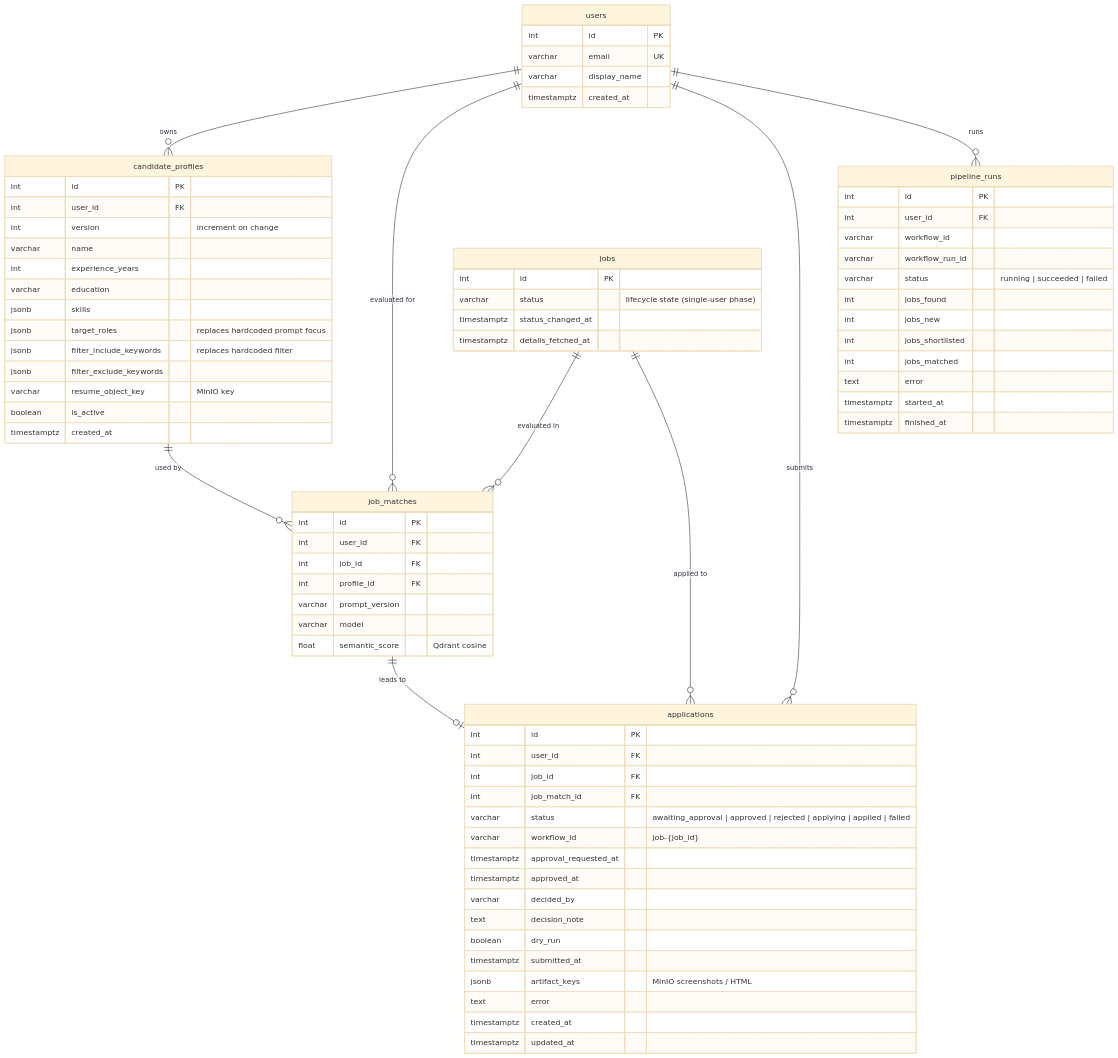
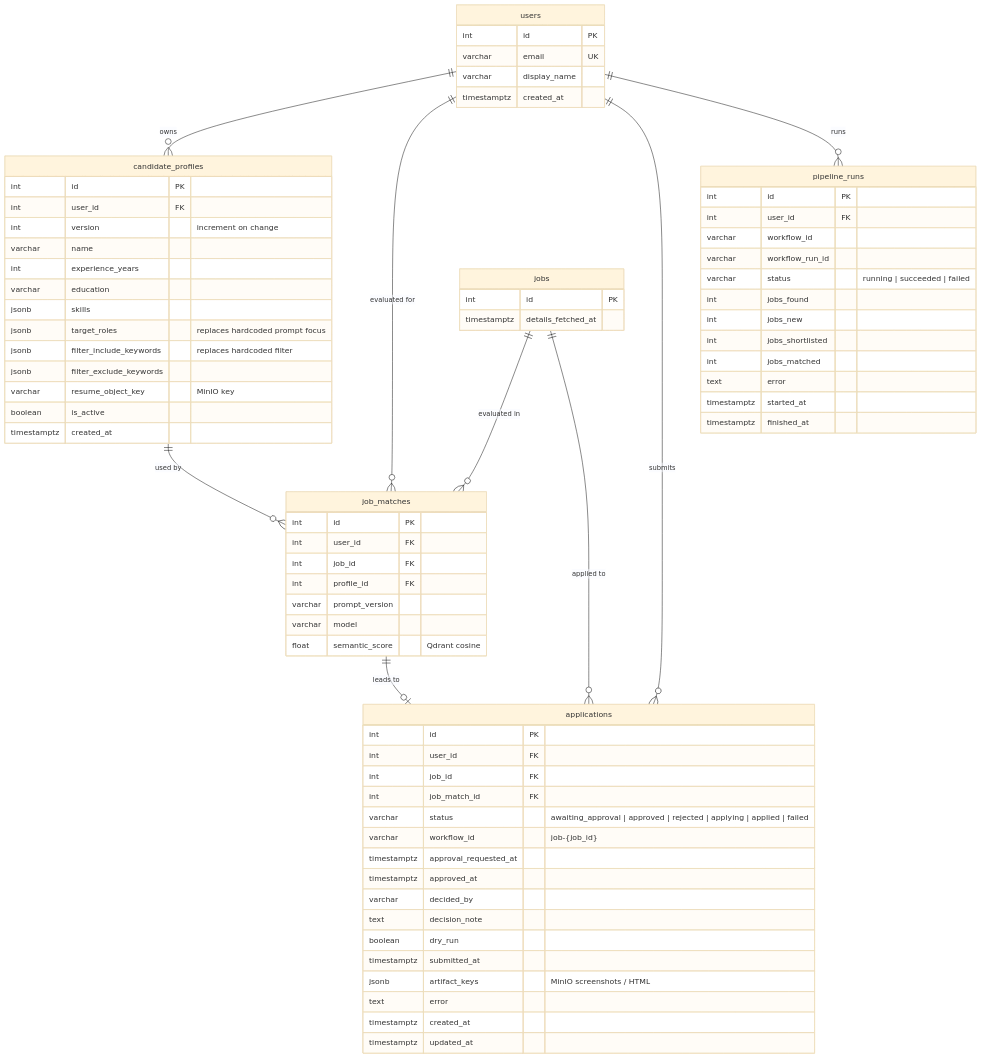
The second of 2 diagrams in docs/04-data-model.md (dhiraj849/Job_assistent), drawn with Mermaid (base theme) before and after one commit. The commit also changed other lines of this file and 10 other files, not shown here.

````diff
--- a/docs/04-data-model.md
+++ b/docs/04-data-model.md
@@ -69,80 +83,78 @@
 ```mermaid
 erDiagram
     users ||--o{ candidate_profiles : owns
     users ||--o{ job_matches : "evaluated for"
     users ||--o{ applications : submits
     users ||--o{ pipeline_runs : runs
     candidate_profiles ||--o{ job_matches : "used by"
     jobs ||--o{ job_matches : "evaluated in"
     jobs ||--o{ applications : "applied to"
     job_matches ||--o| applications : "leads to"
 
     users {
         int id PK
         varchar email UK
         varchar display_name
         timestamptz created_at
     }
     candidate_profiles {
         int id PK
         int user_id FK
         int version "increment on change"
         varchar name
         int experience_years
         varchar education
         jsonb skills
         jsonb target_roles "replaces hardcoded prompt focus"
         jsonb filter_include_keywords "replaces hardcoded filter"
         jsonb filter_exclude_keywords
         varchar resume_object_key "MinIO key"
         boolean is_active
         timestamptz created_at
     }
     jobs {
         int id PK
-        varchar status "lifecycle state (single-user phase)"
-        timestamptz status_changed_at
         timestamptz details_fetched_at
     }
     job_matches {
         int id PK
         int user_id FK
         int job_id FK
         int profile_id FK
         varchar prompt_version
         varchar model
         float semantic_score "Qdrant cosine"
     }
     applications {
         int id PK
         int user_id FK
         int job_id FK
         int job_match_id FK
         varchar status "awaiting_approval | approved | rejected | applying | applied | failed"
         varchar workflow_id "job-{job_id}"
         timestamptz approval_requested_at
         timestamptz approved_at
         varchar decided_by
         text decision_note
         boolean dry_run
         timestamptz submitted_at
         jsonb artifact_keys "MinIO screenshots / HTML"
         text error
         timestamptz created_at
         timestamptz updated_at
     }
     pipeline_runs {
         int id PK
         int user_id FK
         varchar workflow_id
         varchar workflow_run_id
         varchar status "running | succeeded | failed"
         int jobs_found
         int jobs_new
         int jobs_shortlisted
         int jobs_matched
         text error
         timestamptz started_at
         timestamptz finished_at
     }
 ```
````
